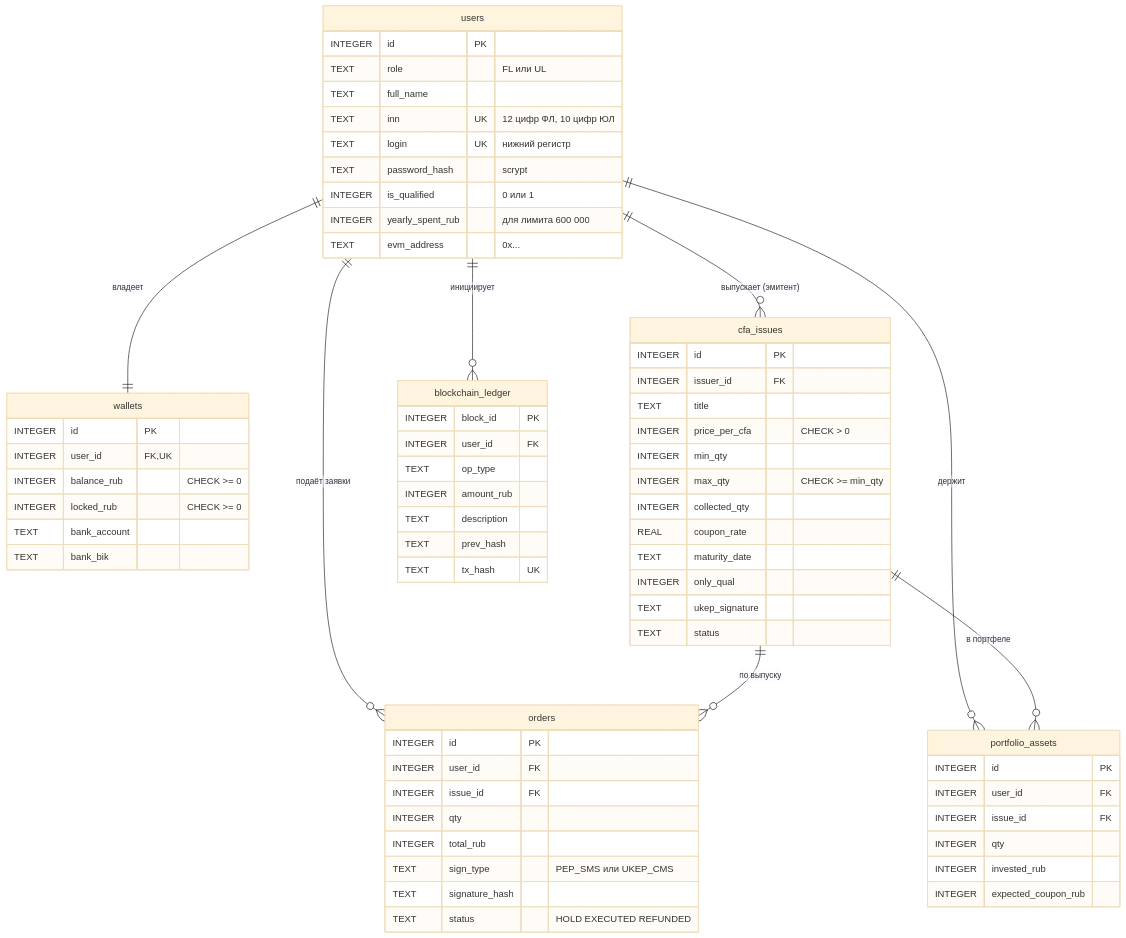
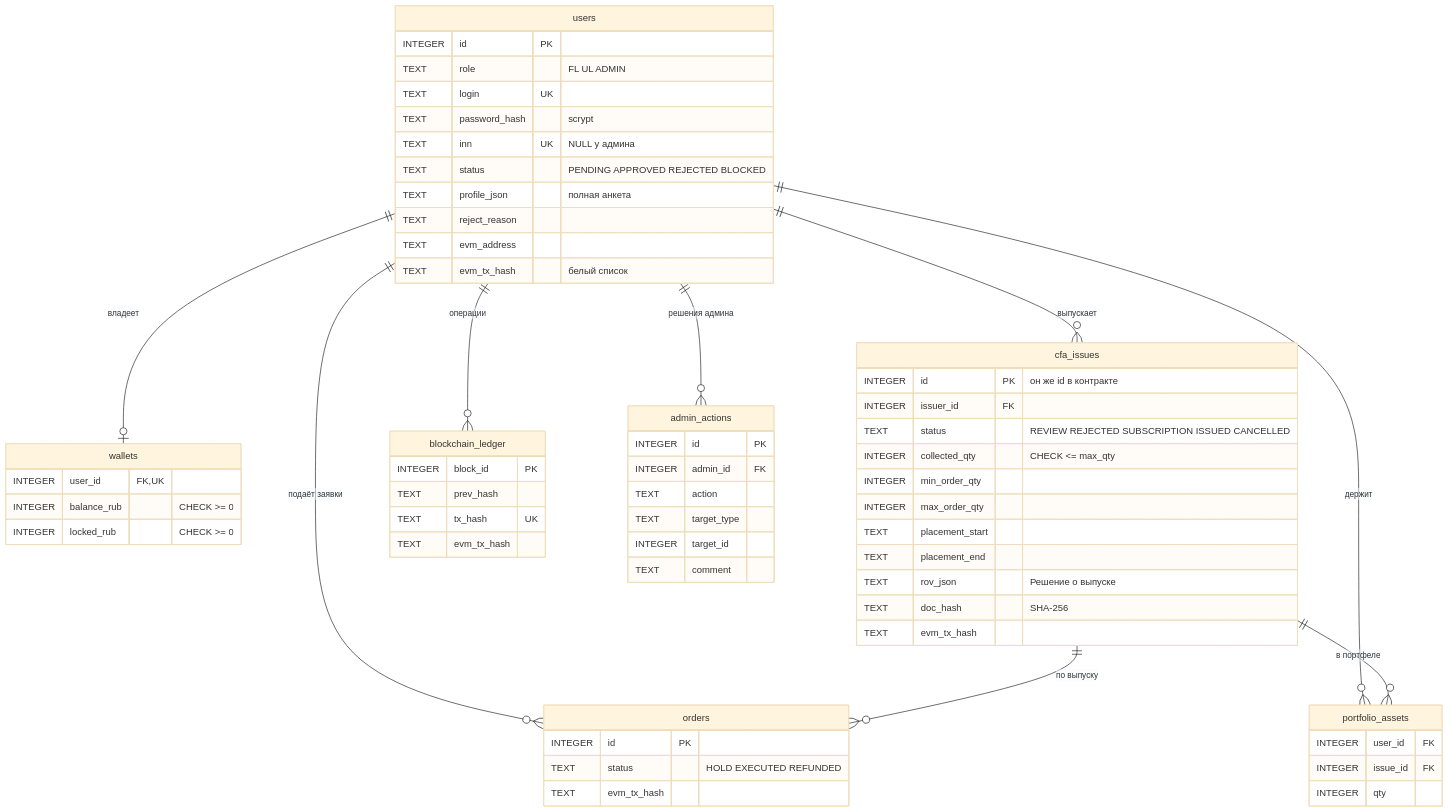
Before and after one commit to KISEL4KO/VTB_Hack: the sixth of 6 diagrams in README.md, drawn with Mermaid (base theme). The commit also changed other lines of this file and 58 other files, not shown here.

First line of the commit message:
Админ-панель, Решение о выпуске, PDF-отчёты и лёгкий EVM-блокчейн

````diff
--- a/README.md
+++ b/README.md
@@ -371,71 +538,66 @@
 ```mermaid
 erDiagram
-    users ||--|| wallets : "владеет"
-    users ||--o{ cfa_issues : "выпускает (эмитент)"
+    users ||--o| wallets : "владеет"
+    users ||--o{ cfa_issues : "выпускает"
     users ||--o{ orders : "подаёт заявки"
     cfa_issues ||--o{ orders : "по выпуску"
     users ||--o{ portfolio_assets : "держит"
     cfa_issues ||--o{ portfolio_assets : "в портфеле"
-    users ||--o{ blockchain_ledger : "инициирует"
+    users ||--o{ blockchain_ledger : "операции"
+    users ||--o{ admin_actions : "решения админа"
 
     users {
         INTEGER id PK
-        TEXT role "FL или UL"
-        TEXT full_name
-        TEXT inn UK "12 цифр ФЛ, 10 цифр ЮЛ"
-        TEXT login UK "нижний регистр"
+        TEXT role "FL UL ADMIN"
+        TEXT login UK
         TEXT password_hash "scrypt"
-        INTEGER is_qualified "0 или 1"
-        INTEGER yearly_spent_rub "для лимита 600 000"
-        TEXT evm_address "0x..."
+        TEXT inn UK "NULL у админа"
+        TEXT status "PENDING APPROVED REJECTED BLOCKED"
+        TEXT profile_json "полная анкета"
+        TEXT reject_reason
+        TEXT evm_address
+        TEXT evm_tx_hash "белый список"
     }
     wallets {
-        INTEGER id PK
         INTEGER user_id FK,UK
         INTEGER balance_rub "CHECK >= 0"
         INTEGER locked_rub "CHECK >= 0"
-        TEXT bank_account
-        TEXT bank_bik
     }
     cfa_issues {
-        INTEGER id PK
+        INTEGER id PK "он же id в контракте"
         INTEGER issuer_id FK
-        TEXT title
-        INTEGER price_per_cfa "CHECK > 0"
-        INTEGER min_qty
-        INTEGER max_qty "CHECK >= min_qty"
-        INTEGER collected_qty
-        REAL coupon_rate
-        TEXT maturity_date
-        INTEGER only_qual
-        TEXT ukep_signature
-        TEXT status
+        TEXT status "REVIEW REJECTED SUBSCRIPTION ISSUED CANCELLED"
+        INTEGER collected_qty "CHECK <= max_qty"
+        INTEGER min_order_qty
+        INTEGER max_order_qty
+        TEXT placement_start
+        TEXT placement_end
+        TEXT rov_json "Решение о выпуске"
+        TEXT doc_hash "SHA-256"
+        TEXT evm_tx_hash
     }
     orders {
         INTEGER id PK
+        TEXT status "HOLD EXECUTED REFUNDED"
+        TEXT evm_tx_hash
+    }
+    portfolio_assets {
         INTEGER user_id FK
         INTEGER issue_id FK
         INTEGER qty
-        INTEGER total_rub
-        TEXT sign_type "PEP_SMS или UKEP_CMS"
-        TEXT signature_hash
-        TEXT status "HOLD EXECUTED REFUNDED"
-    }
-    portfolio_assets {
-        INTEGER id PK
-        INTEGER user_id FK
-        INTEGER issue_id FK
-        INTEGER qty
-        INTEGER invested_rub
-        INTEGER expected_coupon_rub
     }
     blockchain_ledger {
         INTEGER block_id PK
-        INTEGER user_id FK
-        TEXT op_type
-        INTEGER amount_rub
-        TEXT description
         TEXT prev_hash
         TEXT tx_hash UK
+        TEXT evm_tx_hash
+    }
+    admin_actions {
+        INTEGER id PK
+        INTEGER admin_id FK
+        TEXT action
+        TEXT target_type
+        INTEGER target_id
+        TEXT comment
     }
 ```
````
